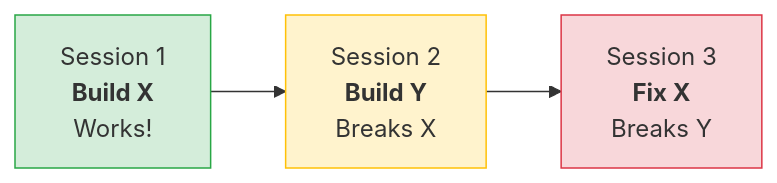
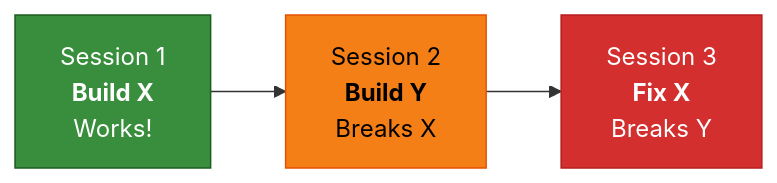
Before and after one commit to TejGandham/keel: the first of 2 diagrams in README.md, drawn with Mermaid. The commit also changed other lines of this file and 2 other files, not shown here.

First line of the commit message:
docs: consistent saturated color palette across all Mermaid diagrams

````diff
--- a/README.md
+++ b/README.md
@@ -9,8 +9,8 @@
 ```mermaid
 graph LR
     S1["Session 1<br/><b>Build X</b><br/>Works!"] --> S2["Session 2<br/><b>Build Y</b><br/>Breaks X"]
     S2 --> S3["Session 3<br/><b>Fix X</b><br/>Breaks Y"]
-    style S1 fill:#d4edda,stroke:#28a745
-    style S2 fill:#fff3cd,stroke:#ffc107
-    style S3 fill:#f8d7da,stroke:#dc3545
+    style S1 fill:#388E3C,stroke:#1B5E20,color:#fff
+    style S2 fill:#F57F17,stroke:#E65100,color:#000
+    style S3 fill:#D32F2F,stroke:#B71C1C,color:#fff
 ```
````
